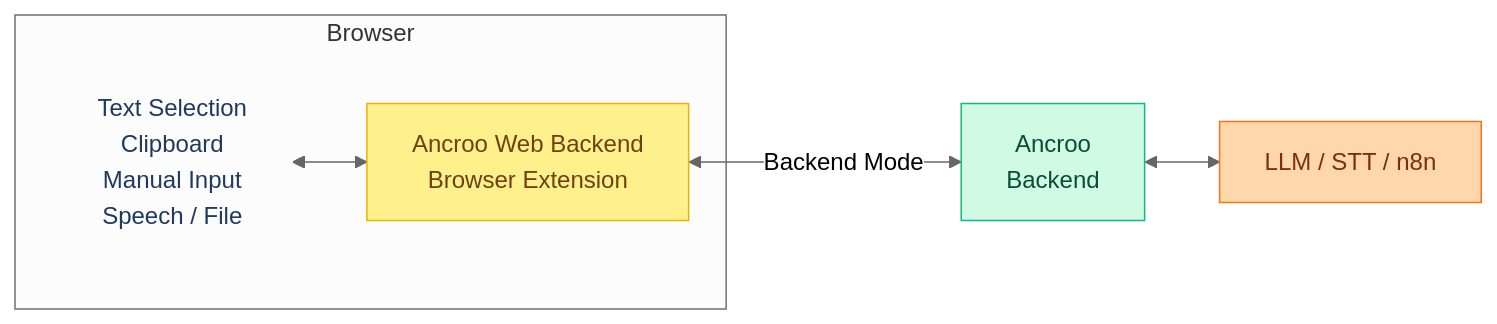
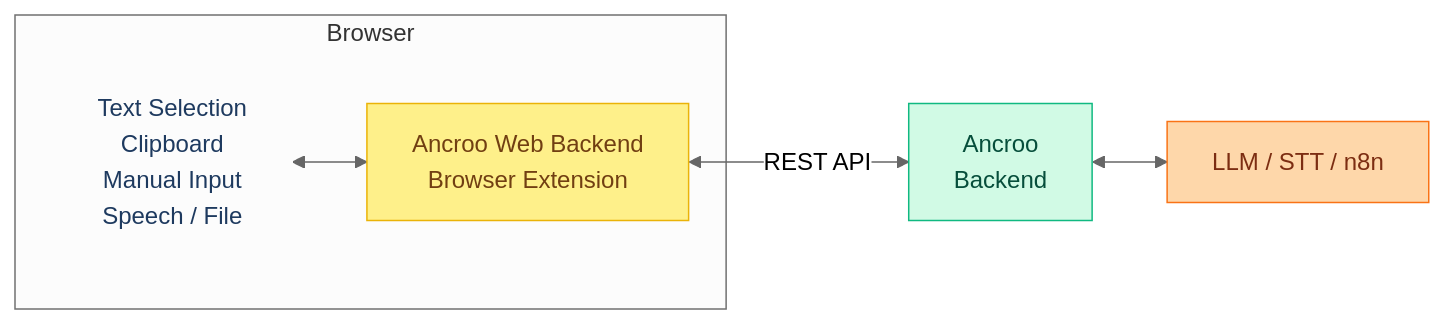
The diagram in README.md (ancroo/ancroo-web-backend), drawn with Mermaid before and after one commit. The commit also changed other lines of this file and 8 other files, not shown here.

First line of the commit message:
refactor: remove Direct Mode leftovers and update docs to backend-only

````diff
--- a/README.md
+++ b/README.md
@@ -26,20 +24,20 @@
 ```mermaid
 %%{init: {'theme': 'neutral'}}%%
 graph LR
     subgraph Browser["Browser"]
         input["Text Selection<br/>Clipboard<br/>Manual Input<br/>Speech / File"]
         extension["Ancroo Web Backend<br/>Browser Extension"]
     end
 
     backend["Ancroo<br/>Backend"]
     services["LLM / STT / n8n"]
 
     input <--> extension
-    extension <-- "Backend Mode" --> backend
+    extension <-- "REST API" --> backend
     backend <--> services
 
     style input fill:transparent,stroke:transparent,color:#1e3a5f
     style extension fill:#fef08a,stroke:#eab308,color:#713f12
     style backend fill:#d1fae5,stroke:#10b981,color:#064e3b
     style services fill:#fed7aa,stroke:#f97316,color:#7c2d12
 ```
````
